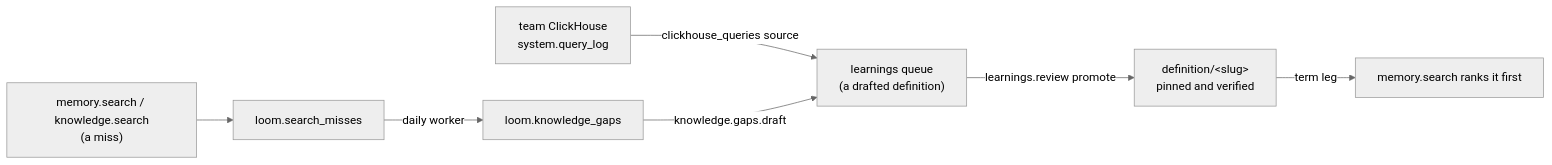
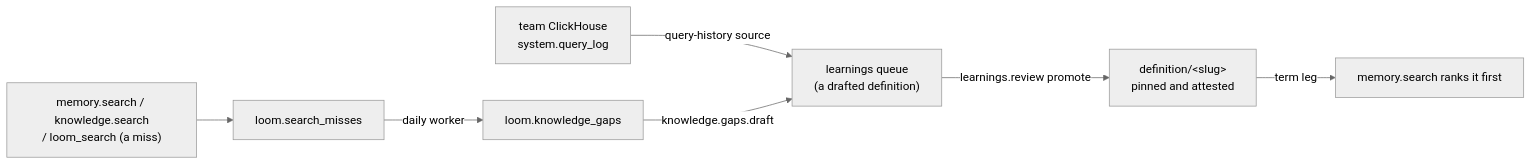
The diagram in docs/architecture/curation-loop.md (ClickHouse/loom), drawn with Mermaid (neutral theme) before and after one commit. The commit also changed other lines of this file, not shown here.

First line of the commit message:
The curation loop's design answers the first review

````diff
--- a/docs/architecture/curation-loop.md
+++ b/docs/architecture/curation-loop.md
@@ -10,9 +11,9 @@
 ```mermaid
 flowchart LR
-    S["memory.search / knowledge.search<br/>(a miss)"] --> M["loom.search_misses"]
+    S["memory.search / knowledge.search<br/>/ loom_search (a miss)"] --> M["loom.search_misses"]
     M -->|"daily worker"| G["loom.knowledge_gaps"]
-    Q["team ClickHouse<br/>system.query_log"] -->|"clickhouse_queries source"| L
+    Q["team ClickHouse<br/>system.query_log"] -->|"query-history source"| L
     G -->|"knowledge.gaps.draft"| L["learnings queue<br/>(a drafted definition)"]
-    L -->|"learnings.review promote"| D["definition/&lt;slug&gt;<br/>pinned and verified"]
+    L -->|"learnings.review promote"| D["definition/&lt;slug&gt;<br/>pinned and attested"]
     D -->|"term leg"| R["memory.search ranks it first"]
 ```
````
